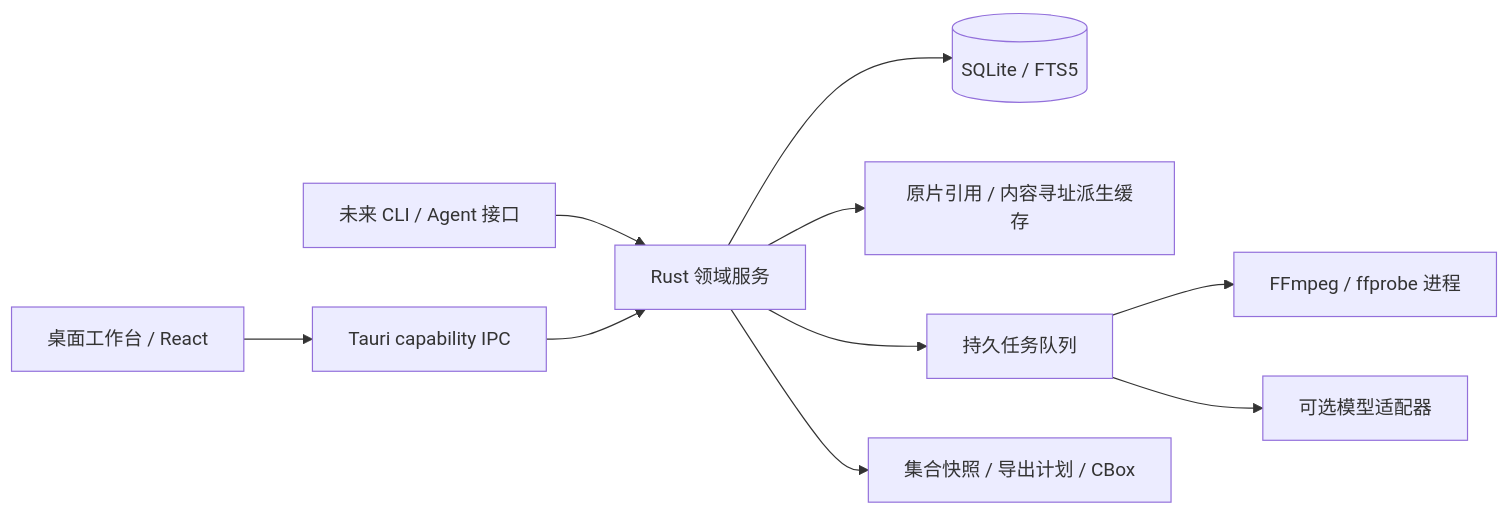
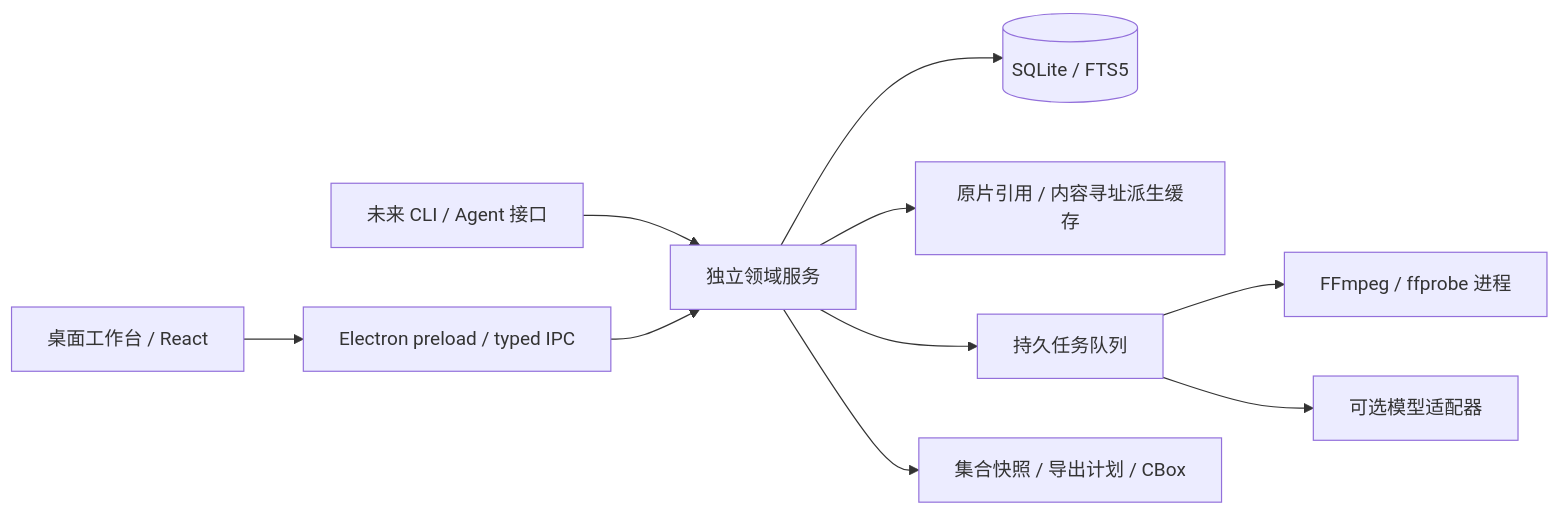
One commit to cellinlab/cutbox changed the diagram in docs/ARCHITECTURE.md. Above: the diagram before and after it, drawn with Mermaid. The commit also changed other lines of this file and 39 other files, not shown here.

````diff
--- a/docs/ARCHITECTURE.md
+++ b/docs/ARCHITECTURE.md
@@ -16,12 +37,12 @@
 ```mermaid
 flowchart LR
-  UI[桌面工作台 / React] --> IPC[Tauri capability IPC]
-  CLI[未来 CLI / Agent 接口] --> Domain[Rust 领域服务]
+  UI[桌面工作台 / React] --> IPC[Electron preload / typed IPC]
+  CLI[未来 CLI / Agent 接口] --> Domain[独立领域服务]
   IPC --> Domain
   Domain --> DB[(SQLite / FTS5)]
   Domain --> Store[原片引用 / 内容寻址派生缓存]
   Domain --> Jobs[持久任务队列]
   Jobs --> Media[FFmpeg / ffprobe 进程]
   Jobs --> Models[可选模型适配器]
   Domain --> Export[集合快照 / 导出计划 / CBox]
 ```
````
